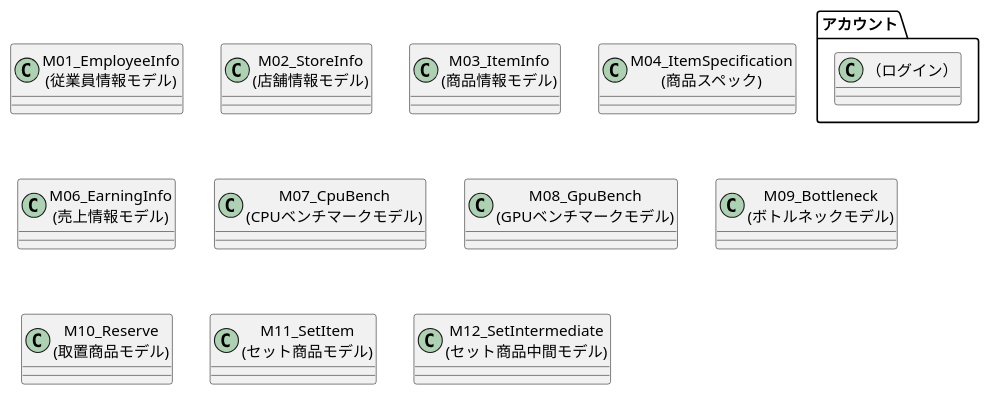
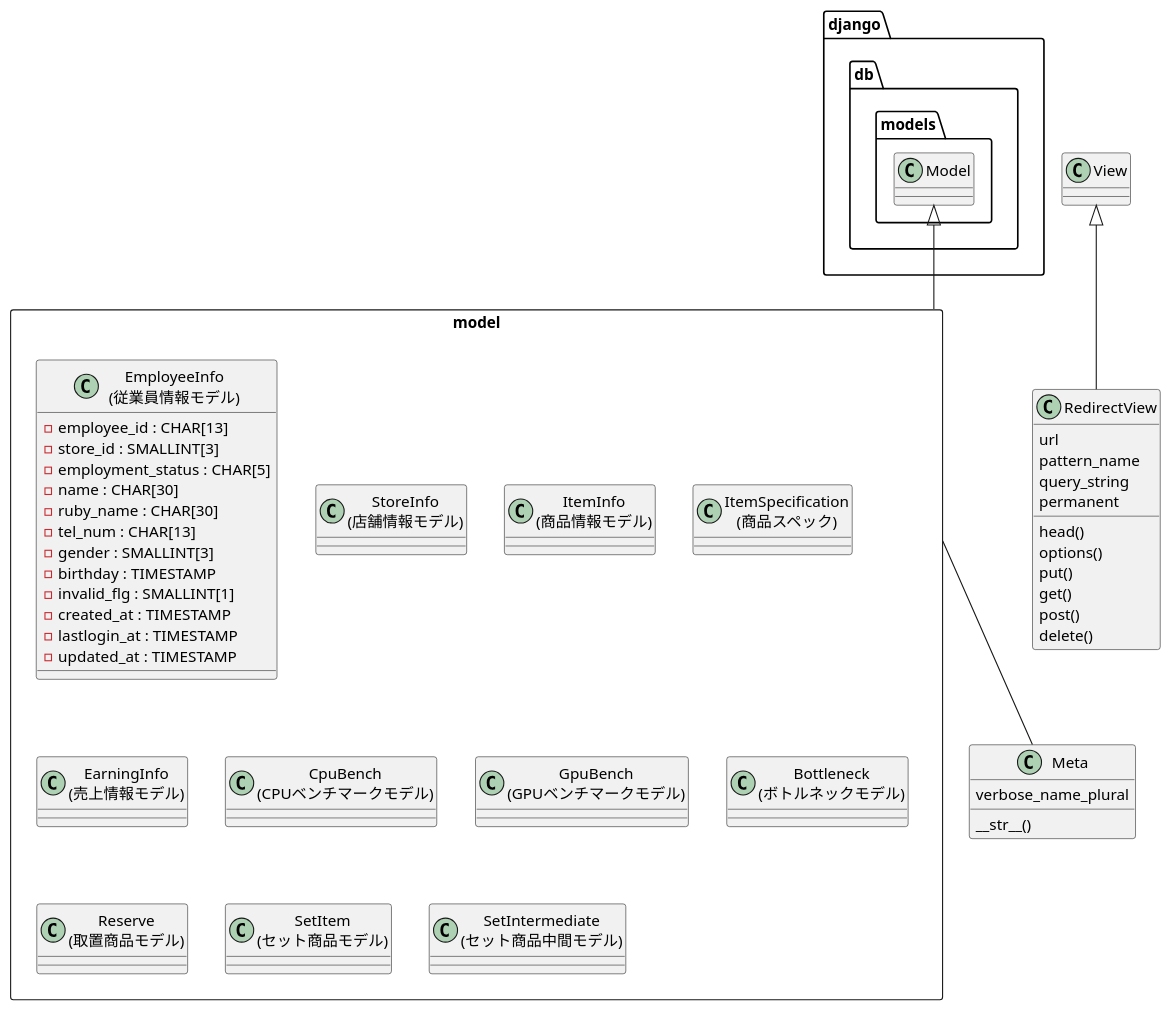
Before and after one commit to HaruShim/Sotuken: the diagram in 各種設計書/5クラス図/クラス図_naito.plantuml, drawn with PlantUML.

```diff
--- a/各種設計書/5クラス図/クラス図_naito.plantuml
+++ b/各種設計書/5クラス図/クラス図_naito.plantuml
@@ -1,18 +1,67 @@
 @startuml 仮作成
-package "アカウント"{
-    class "（ログイン）"
+' package "アカウント"{
+'     class "（ログイン）"
+' }
+
+class "View"
+package model <<Rectangle>> {
+    ' Django でモデルがなにを継承しているのかを検索する。
+    class "EmployeeInfo\n(従業員情報モデル)" as 従業員情報モデル
+    class "StoreInfo\n(店舗情報モデル)" as 店舗情報モデル
+    class "ItemInfo\n(商品情報モデル)" as 商品情報モデル
+    class "ItemSpecification\n(商品スペック)" as 商品スペック
+    class "EarningInfo\n(売上情報モデル)" as 売上情報モデル
+    class "CpuBench\n(CPUベンチマークモデル)" as CPUベンチマークモデル
+    class "GpuBench\n(GPUベンチマークモデル)" as GPUベンチマークモデル
+    class "Bottleneck\n(ボトルネックモデル)" as ボトルネックモデル
+    class "Reserve\n(取置商品モデル)" as 取置商品モデル
+    class "SetItem\n(セット商品モデル)" as セット商品モデル
+    class "SetIntermediate\n(セット商品中間モデル)" as セット商品中間モデル
 }
+package "django.db.models"{
+    class Model
+}
+class Meta
 
 
-    class "M01_EmployeeInfo\n(従業員情報モデル)" as 従業員情報モデル
-    class "M02_StoreInfo\n(店舗情報モデル)" as 店舗情報モデル
-    class "M03_ItemInfo\n(商品情報モデル)" as 商品情報モデル
-    class "M04_ItemSpecification\n(商品スペック)" as 商品スペック
-    class "M06_EarningInfo\n(売上情報モデル)" as 売上情報モデル
-    class "M07_CpuBench\n(CPUベンチマークモデル)" as CPUベンチマークモデル
-    class "M08_GpuBench\n(GPUベンチマークモデル)" as GPUベンチマークモデル
-    class "M09_Bottleneck\n(ボトルネックモデル)" as ボトルネックモデル
-    class "M10_Reserve\n(取置商品モデル)" as 取置商品モデル
-    class "M11_SetItem\n(セット商品モデル)" as セット商品モデル
-    class "M12_SetIntermediate\n(セット商品中間モデル)" as セット商品中間モデル
+' サンプル属性
+Meta : verbose_name_plural
+Meta : __str__()
+' サンプル属性
+RedirectView : url
+RedirectView : pattern_name
+RedirectView : query_string
+RedirectView : permanent
+RedirectView : head()
+RedirectView : options()
+RedirectView : put()
+RedirectView : get()
+RedirectView : post()
+RedirectView : delete()
+
+' モデル属性
+従業員情報モデル : -employee_id : CHAR[13]
+従業員情報モデル : -store_id : SMALLINT[3]
+従業員情報モデル : -employment_status : CHAR[5]
+従業員情報モデル : -name : CHAR[30]
+従業員情報モデル : -ruby_name : CHAR[30]
+従業員情報モデル : -tel_num : CHAR[13]
+従業員情報モデル : -gender : SMALLINT[3]
+従業員情報モデル : -birthday : TIMESTAMP
+従業員情報モデル : -invalid_flg : SMALLINT[1]
+従業員情報モデル : -created_at : TIMESTAMP
+従業員情報モデル : -lastlogin_at : TIMESTAMP
+従業員情報モデル : -updated_at : TIMESTAMP
+
+
+
+
+
+View <|-- RedirectView
+Model <|-- model
+model -- Meta
+
+
+
+
 @enduml
```
